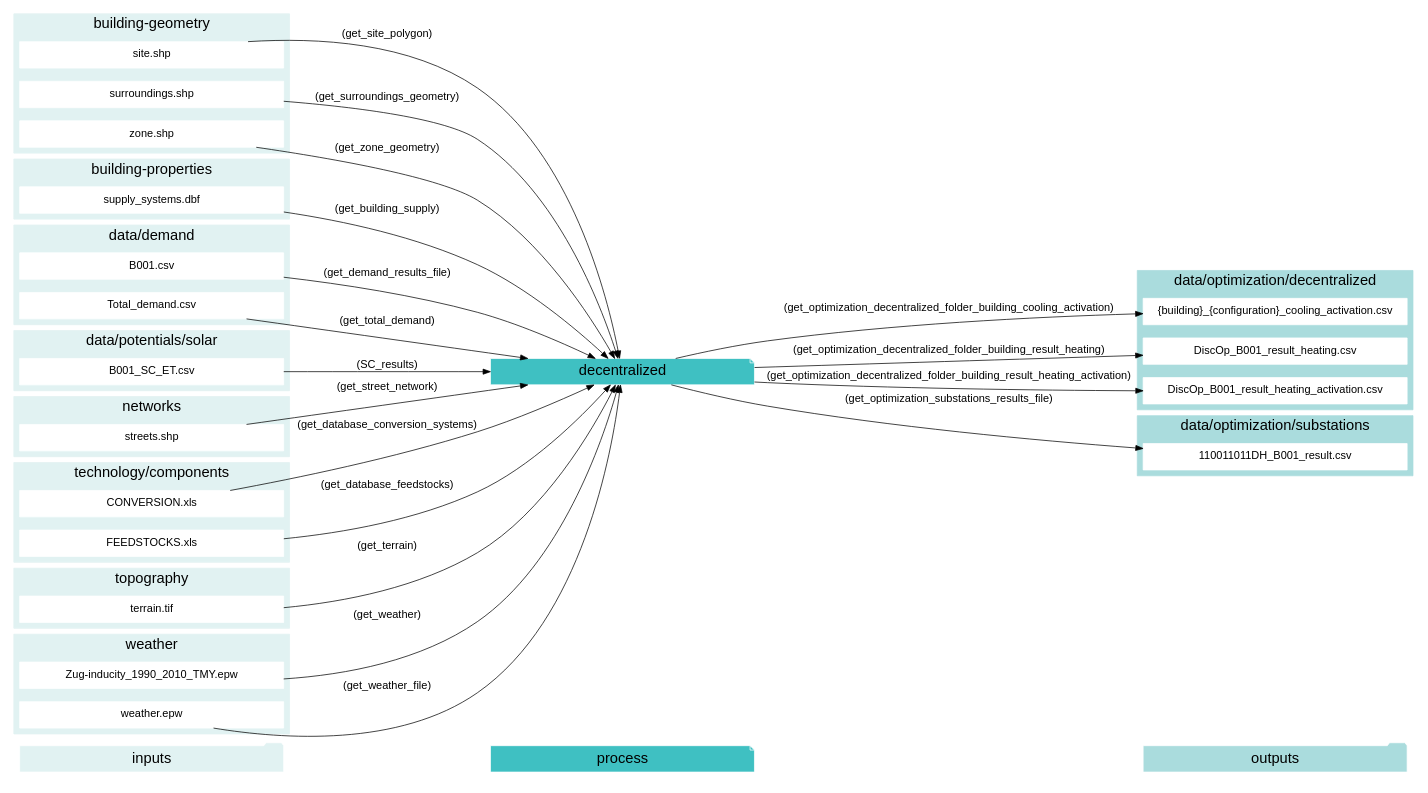
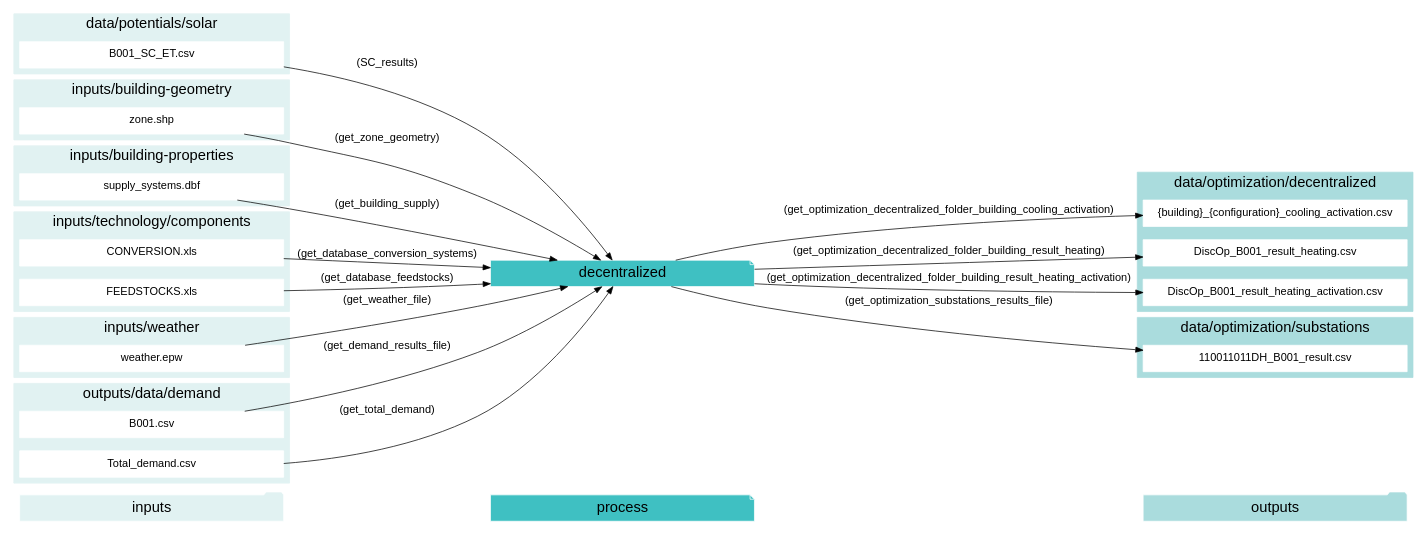
The third of 23 diagrams in docs/script-data-flow.rst (architecture-building-systems/CityEnergyAnalyst), drawn with Graphviz before and after one commit. The commit also changed other lines of this file and 25 other files, not shown here.

Commit message:
cleaning up cea-doc graphviz

```diff
--- a/docs/script-data-flow.rst
+++ b/docs/script-data-flow.rst
@@ -194,6 +130,6 @@
 .. graphviz::
 
-    digraph trace_inputlocator {
+    digraph decentralized {
     rankdir="LR";
     graph [overlap=false, fontname=arial];
     node [shape=box, style=filled, color=white, fontsize=15, fontname=arial, fixedsize=true, width=5];
@@ -209,34 +145,7 @@
     "process"->"outputs"[style=invis]
     }
     "decentralized"[style=filled, color=white, fillcolor="#3FC0C2", shape=note, fontsize=20, fontname=arial];
-    subgraph cluster_0_in {
-        style = filled;
-        color = "#E1F2F2";
-        fontsize = 20;
-        rank=same;
-        label="building-geometry";
-        "site.shp"
-        "surroundings.shp"
-        "zone.shp"
-    }
-    subgraph cluster_1_in {
-        style = filled;
-        color = "#E1F2F2";
-        fontsize = 20;
-        rank=same;
-        label="building-properties";
-        "supply_systems.dbf"
-    }
-    subgraph cluster_2_in {
-        style = filled;
-        color = "#E1F2F2";
-        fontsize = 20;
-        rank=same;
-        label="data/demand";
-        "B001.csv"
-        "Total_demand.csv"
-    }
-    subgraph cluster_3_out {
+    subgraph cluster_0_out {
         style = filled;
         color = "#aadcdd";
         fontsize = 20;
@@ -246,7 +155,7 @@
         "DiscOp_B001_result_heating.csv"
         "DiscOp_B001_result_heating_activation.csv"
     }
-    subgraph cluster_4_out {
+    subgraph cluster_1_out {
         style = filled;
         color = "#aadcdd";
         fontsize = 20;
@@ -254,7 +163,7 @@
         label="data/optimization/substations";
         "110011011DH_B001_result.csv"
     }
-    subgraph cluster_5_in {
+    subgraph cluster_2_in {
         style = filled;
         color = "#E1F2F2";
         fontsize = 20;
@@ -262,51 +171,54 @@
         label="data/potentials/solar";
         "B001_SC_ET.csv"
     }
+    subgraph cluster_3_in {
+        style = filled;
+        color = "#E1F2F2";
+        fontsize = 20;
+        rank=same;
+        label="inputs/building-geometry";
+        "zone.shp"
+    }
+    subgraph cluster_4_in {
+        style = filled;
+        color = "#E1F2F2";
+        fontsize = 20;
+        rank=same;
+        label="inputs/building-properties";
+        "supply_systems.dbf"
+    }
+    subgraph cluster_5_in {
+        style = filled;
+        color = "#E1F2F2";
+        fontsize = 20;
+        rank=same;
+        label="inputs/technology/components";
+        "CONVERSION.xls"
+        "FEEDSTOCKS.xls"
+    }
     subgraph cluster_6_in {
         style = filled;
         color = "#E1F2F2";
         fontsize = 20;
         rank=same;
-        label="networks";
-        "streets.shp"
+        label="inputs/weather";
+        "weather.epw"
     }
     subgraph cluster_7_in {
         style = filled;
         color = "#E1F2F2";
         fontsize = 20;
         rank=same;
-        label="technology/components";
-        "CONVERSION.xls"
-        "FEEDSTOCKS.xls"
-    }
-    subgraph cluster_8_in {
-        style = filled;
-        color = "#E1F2F2";
-        fontsize = 20;
-        rank=same;
-        label="topography";
-        "terrain.tif"
-    }
-    subgraph cluster_9_in {
-        style = filled;
-        color = "#E1F2F2";
-        fontsize = 20;
-        rank=same;
-        label="weather";
-        "Zug-inducity_1990_2010_TMY.epw"
-        "weather.epw"
+        label="outputs/data/demand";
+        "B001.csv"
+        "Total_demand.csv"
     }
     "B001_SC_ET.csv" -> "decentralized"[label="(SC_results)"]
     "supply_systems.dbf" -> "decentralized"[label="(get_building_supply)"]
     "CONVERSION.xls" -> "decentralized"[label="(get_database_conversion_systems)"]
     "FEEDSTOCKS.xls" -> "decentralized"[label="(get_database_feedstocks)"]
     "B001.csv" -> "decentralized"[label="(get_demand_results_file)"]
-    "site.shp" -> "decentralized"[label="(get_site_polygon)"]
-    "streets.shp" -> "decentralized"[label="(get_street_network)"]
-    "surroundings.shp" -> "decentralized"[label="(get_surroundings_geometry)"]
-    "terrain.tif" -> "decentralized"[label="(get_terrain)"]
     "Total_demand.csv" -> "decentralized"[label="(get_total_demand)"]
-    "Zug-inducity_1990_2010_TMY.epw" -> "decentralized"[label="(get_weather)"]
     "weather.epw" -> "decentralized"[label="(get_weather_file)"]
     "zone.shp" -> "decentralized"[label="(get_zone_geometry)"]
     "decentralized" -> "{building}_{configuration}_cooling_activation.csv"[label="(get_optimization_decentralized_folder_building_cooling_activation)"]
```
